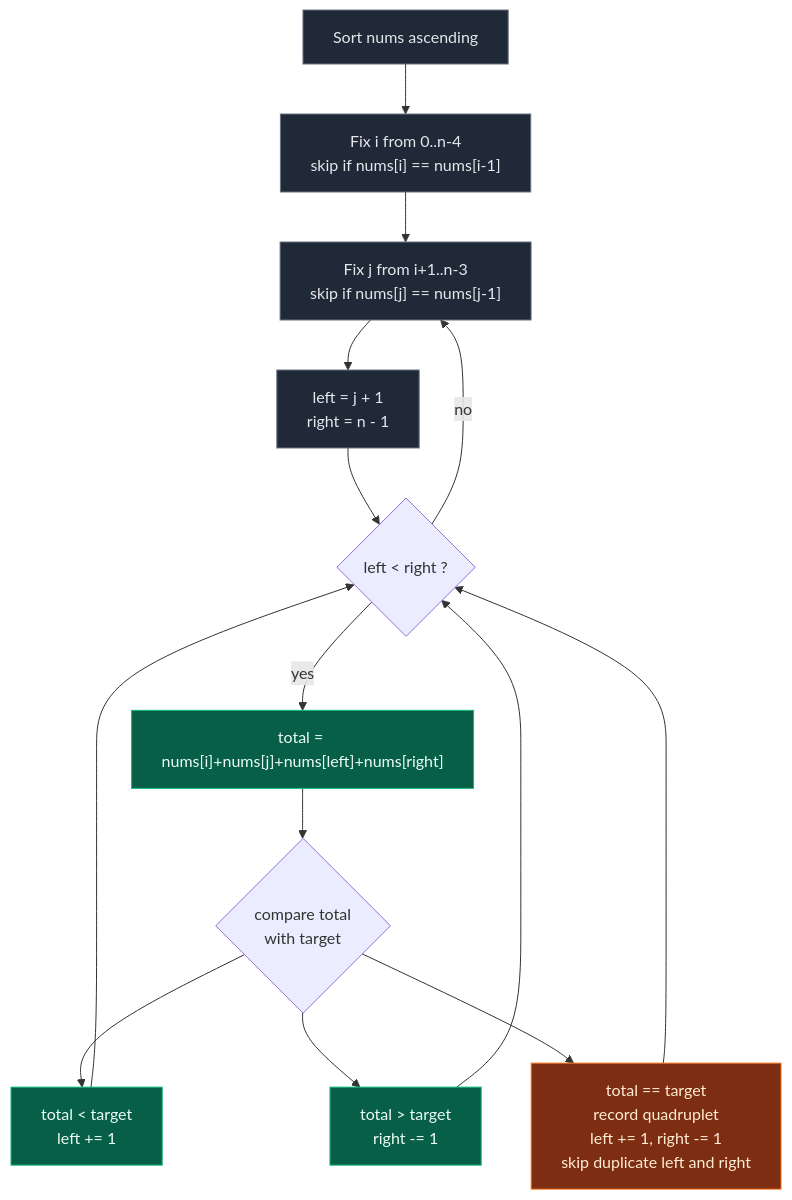
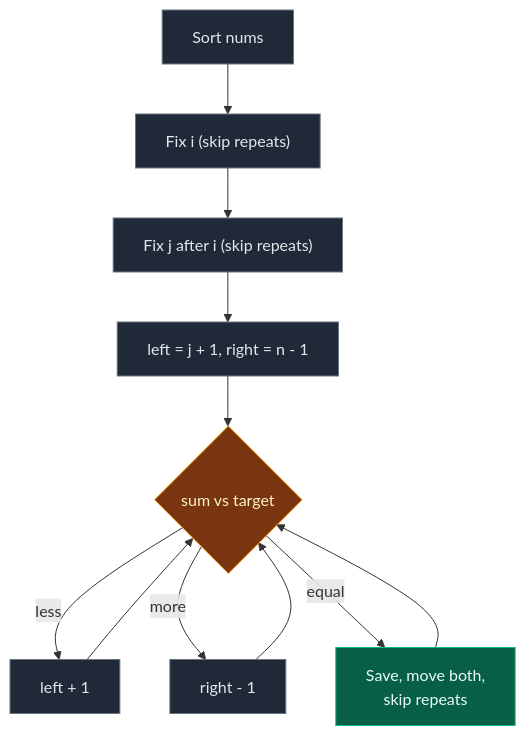
Before and after one commit to ajay-nikumbh/dsa-notes: the diagram in 01. Array/06. Sorting + Two Pointers/03. 18. 4Sum.md, drawn with Mermaid. The commit also changed other lines of this file and 85 other files, not shown here.

````diff
--- a/01. Array/06. Sorting + Two Pointers/03. 18. 4Sum.md
+++ b/01. Array/06. Sorting + Two Pointers/03. 18. 4Sum.md
@@ -80,23 +72,17 @@
 ```mermaid
 flowchart TD
-    S["Sort nums ascending"]:::edge
-    I["Fix i from 0..n-4<br/>skip if nums[i] == nums[i-1]"]:::edge
-    J["Fix j from i+1..n-3<br/>skip if nums[j] == nums[j-1]"]:::edge
-    P["left = j + 1<br/>right = n - 1"]:::edge
-    W{"left &lt; right ?"}
-    T["total = nums[i]+nums[j]+nums[left]+nums[right]"]:::calc
-    C{"compare total<br/>with target"}
-    LT["total &lt; target<br/>left += 1"]:::calc
-    GT["total &gt; target<br/>right -= 1"]:::calc
-    EQ["total == target<br/>record quadruplet<br/>left += 1, right -= 1<br/>skip duplicate left and right"]:::hit
-    S --> I --> J --> P --> W
-    W -- yes --> T --> C
-    C --> LT --> W
-    C --> GT --> W
-    C --> EQ --> W
-    W -- no --> J
+    A["Sort nums"]:::a --> B["Fix i (skip repeats)"]:::a
+    B --> C["Fix j after i (skip repeats)"]:::a
+    C --> D["left = j + 1, right = n - 1"]:::a
+    D --> E{"sum vs target"}:::c
+    E -->|less| F["left + 1"]:::a
+    E -->|more| G["right - 1"]:::a
+    E -->|equal| H["Save, move both,<br/>skip repeats"]:::d
+    F --> E
+    G --> E
+    H --> E
 
-    classDef edge fill:#1f2937,stroke:#6b7280,color:#e5e7eb
-    classDef calc fill:#065f46,stroke:#10b981,color:#ecfdf5
-    classDef hit fill:#7c2d12,stroke:#f97316,color:#ffedd5
+    classDef a fill:#1f2937,stroke:#6b7280,color:#e5e7eb
+    classDef c fill:#78350f,stroke:#f59e0b,color:#fef3c7
+    classDef d fill:#065f46,stroke:#10b981,color:#ecfdf5
 ```
````
